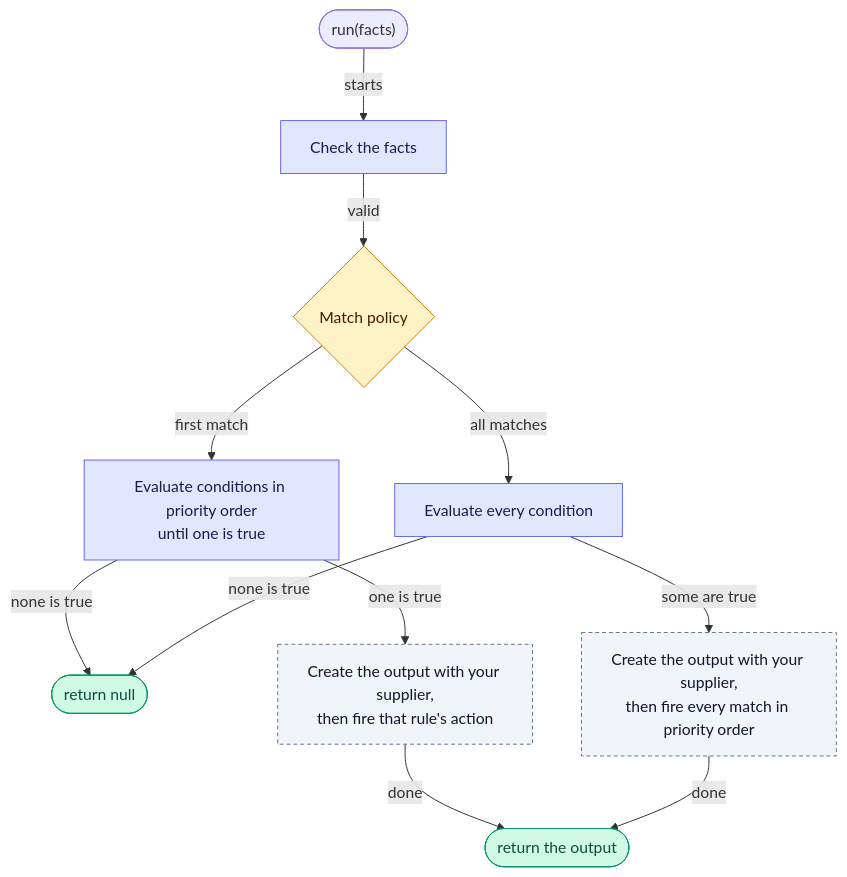
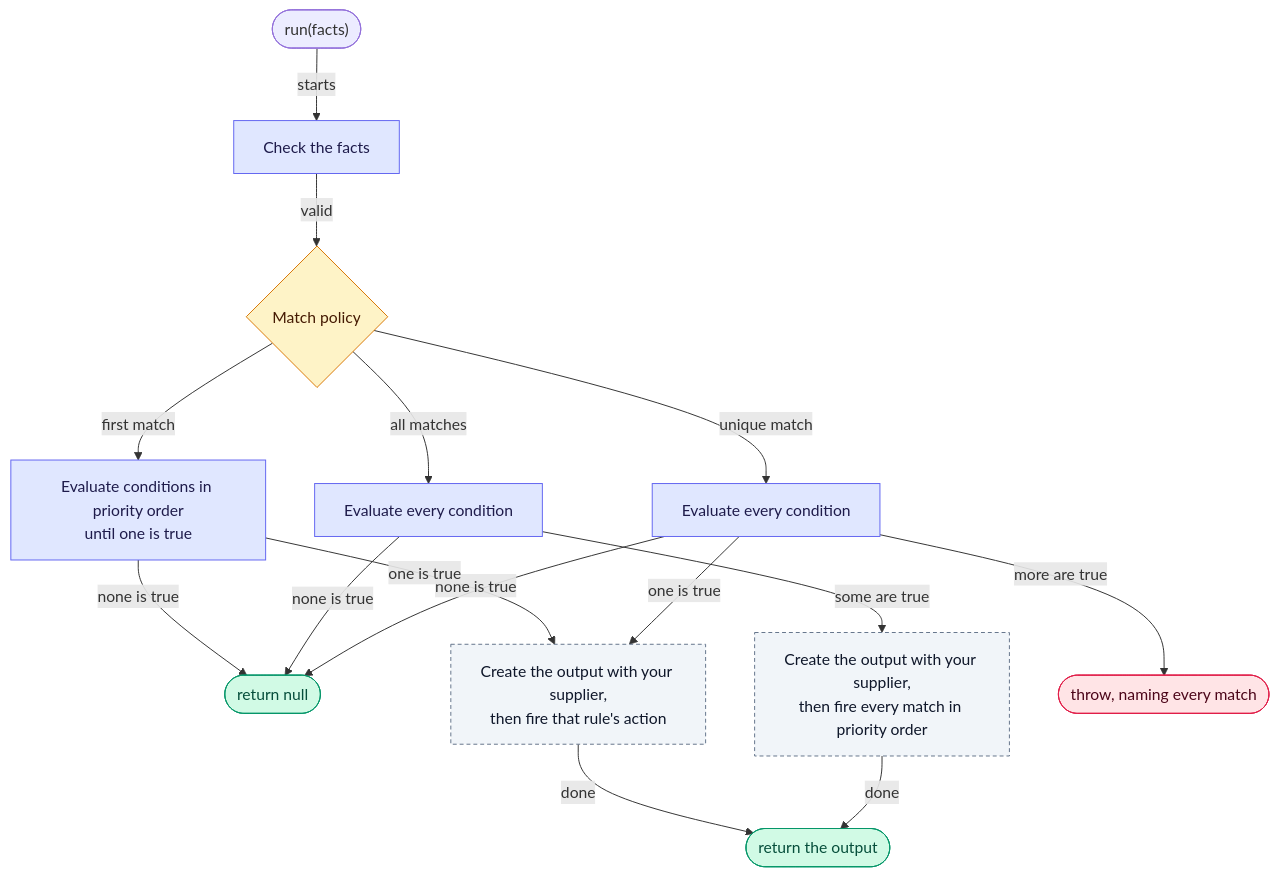
Before and after one commit to brantunger/unruly-engine: the second of 2 diagrams in README.md, drawn with Mermaid. The commit also changed other lines of this file and 23 other files, not shown here.

Commit message:
feat: report every rule's outcome on the run result, and add a unique-match engine that fails when two rules match (#411)

````diff
--- a/README.md
+++ b/README.md
@@ -251,21 +251,27 @@
 ```mermaid
 flowchart TD
     A(["run(facts)"]) -- "starts" --> B["Check the facts"]
     B -- "valid" --> C{"Match policy"}
     C -- "first match" --> D["Evaluate conditions in priority order<br/>until one is true"]
     C -- "all matches" --> E["Evaluate every condition"]
+    C -- "unique match" --> U["Evaluate every condition"]
     D -- "none is true" --> N(["return null"])
     E -- "none is true" --> N
+    U -- "none is true" --> N
     D -- "one is true" --> F["Create the output with your supplier,<br/>then fire that rule's action"]
     E -- "some are true" --> G["Create the output with your supplier,<br/>then fire every match in priority order"]
+    U -- "one is true" --> F
+    U -- "more are true" --> X(["throw, naming every match"])
     F -- "done" --> R(["return the output"])
     G -- "done" --> R
-    class B,D,E step
+    class B,D,E,U step
     class C decision
     class F,G yours
     class N,R ok
+    class X fail
     classDef step     fill:#e0e7ff,stroke:#6366f1,color:#1e1b4b
     classDef decision fill:#fef3c7,stroke:#d97706,color:#451a03
     classDef ok       fill:#d1fae5,stroke:#059669,color:#064e3b
+    classDef fail     fill:#ffe4e6,stroke:#e11d48,color:#4c0519
     classDef yours    fill:#f1f5f9,stroke:#64748b,color:#0f172a,stroke-dasharray:4 3
 ```
````
